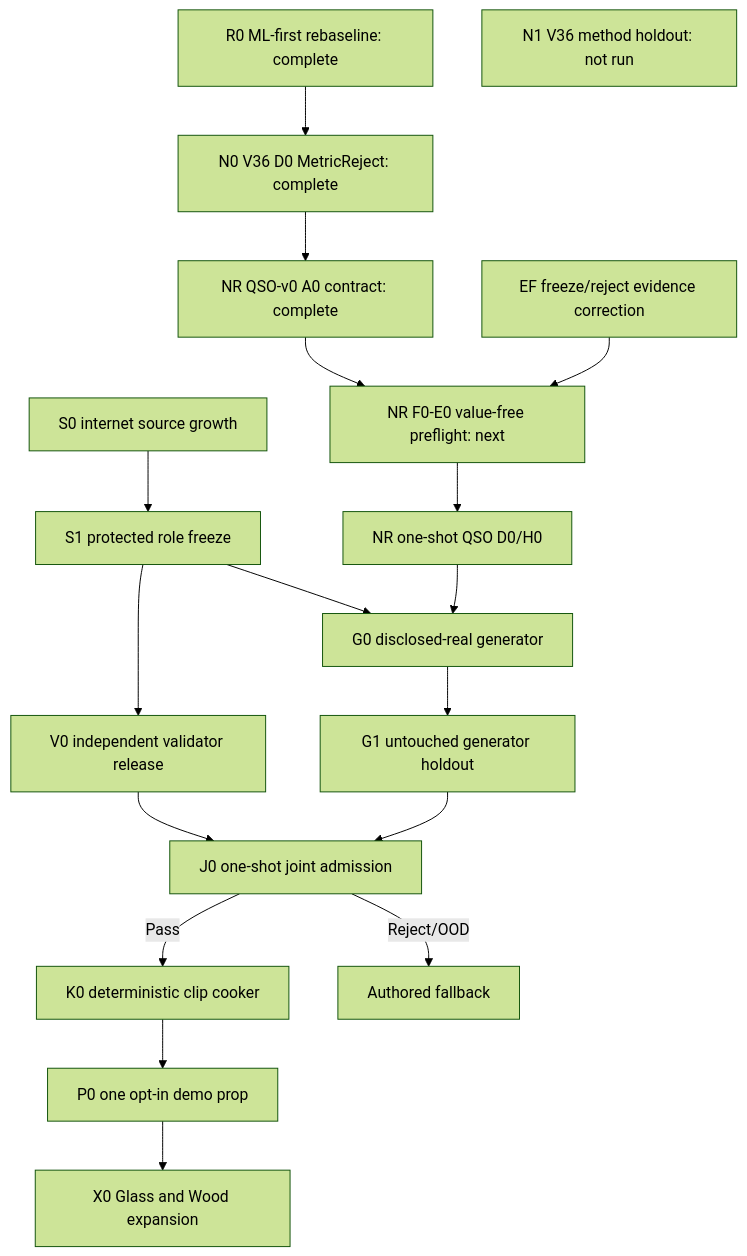
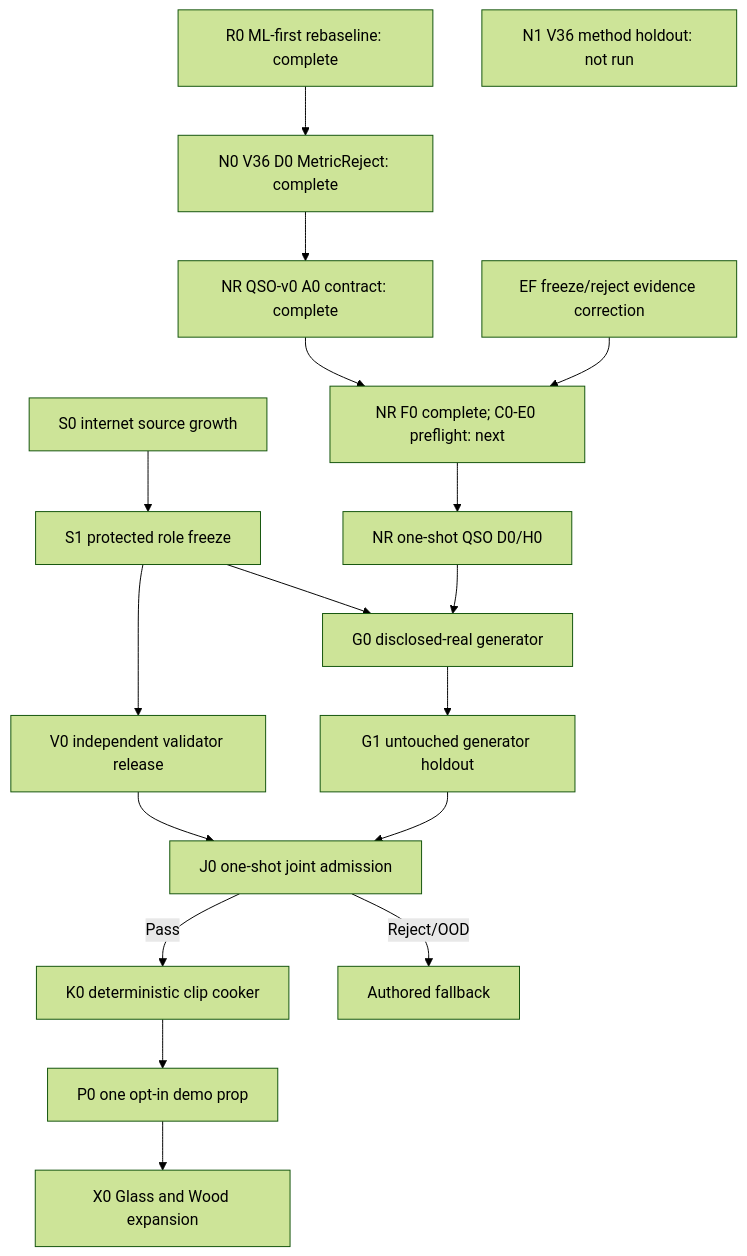
One commit to kaifaty/NextEngine changed the diagram in docs/plans/physical-sound-synthesis-roadmap-v37.md. Above: the diagram before and after it, drawn with Mermaid (forest theme). The commit also changed other lines of this file and 4 other files, not shown here.

````diff
--- a/docs/plans/physical-sound-synthesis-roadmap-v37.md
+++ b/docs/plans/physical-sound-synthesis-roadmap-v37.md
@@ -100,21 +100,21 @@
 ```mermaid
 flowchart TD
     R0["R0 ML-first rebaseline: complete"] --> N0["N0 V36 D0 MetricReject: complete"]
     N0 --> NRA["NR QSO-v0 A0 contract: complete"]
-    NRA --> NRF["NR F0-E0 value-free preflight: next"]
+    NRA --> NRF["NR F0 complete; C0-E0 preflight: next"]
     NRF --> NRD["NR one-shot QSO D0/H0"]
     N1["N1 V36 method holdout: not run"]
     EF["EF freeze/reject evidence correction"] --> NRF
 
     S0["S0 internet source growth"] --> S1["S1 protected role freeze"]
     S1 --> V0["V0 independent validator release"]
     S1 --> G0
     NRD --> G0["G0 disclosed-real generator"]
     G0 --> G1["G1 untouched generator holdout"]
     V0 --> J0["J0 one-shot joint admission"]
     G1 --> J0
     J0 -->|"Pass"| K0["K0 deterministic clip cooker"]
     J0 -->|"Reject/OOD"| FB["Authored fallback"]
     K0 --> P0["P0 one opt-in demo prop"]
     P0 --> X0["X0 Glass and Wood expansion"]
 ```
````
